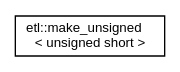
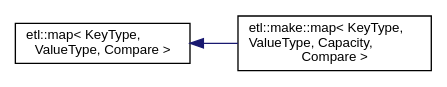
One commit to tobanteAudio/taetl changed the diagram in inherit_graph_53.dot. Above: the diagram before and after it, drawn with Graphviz. The commit also changed 284 other files, not shown here.

```diff
--- a/inherit_graph_53.dot
+++ b/inherit_graph_53.dot
@@ -1,7 +1,9 @@
 digraph "Graphical Class Hierarchy"
 {
   edge [fontname="Helvetica",fontsize="10",labelfontname="Helvetica",labelfontsize="10"];
   node [fontname="Helvetica",fontsize="10",shape=record];
   rankdir="LR";
-  Node0 [label="etl::make_unsigned\l\< unsigned short \>",height=0.2,width=0.4,color="black", fillcolor="white", style="filled",URL="$structetl_1_1make__unsigned_3_01unsigned_01short_01_4.html"];
+  Node0 [label="etl::map\< KeyType,\l ValueType, Compare \>",height=0.2,width=0.4,color="black", fillcolor="white", style="filled",URL="$classetl_1_1map.html"];
+  Node0 -> Node1 [dir="back",color="midnightblue",fontsize="10",style="solid",fontname="Helvetica"];
+  Node1 [label="etl::make::map\< KeyType,\l ValueType, Capacity,\l Compare \>",height=0.2,width=0.4,color="black", fillcolor="white", style="filled",URL="$classetl_1_1make_1_1map.html"];
 }
```
